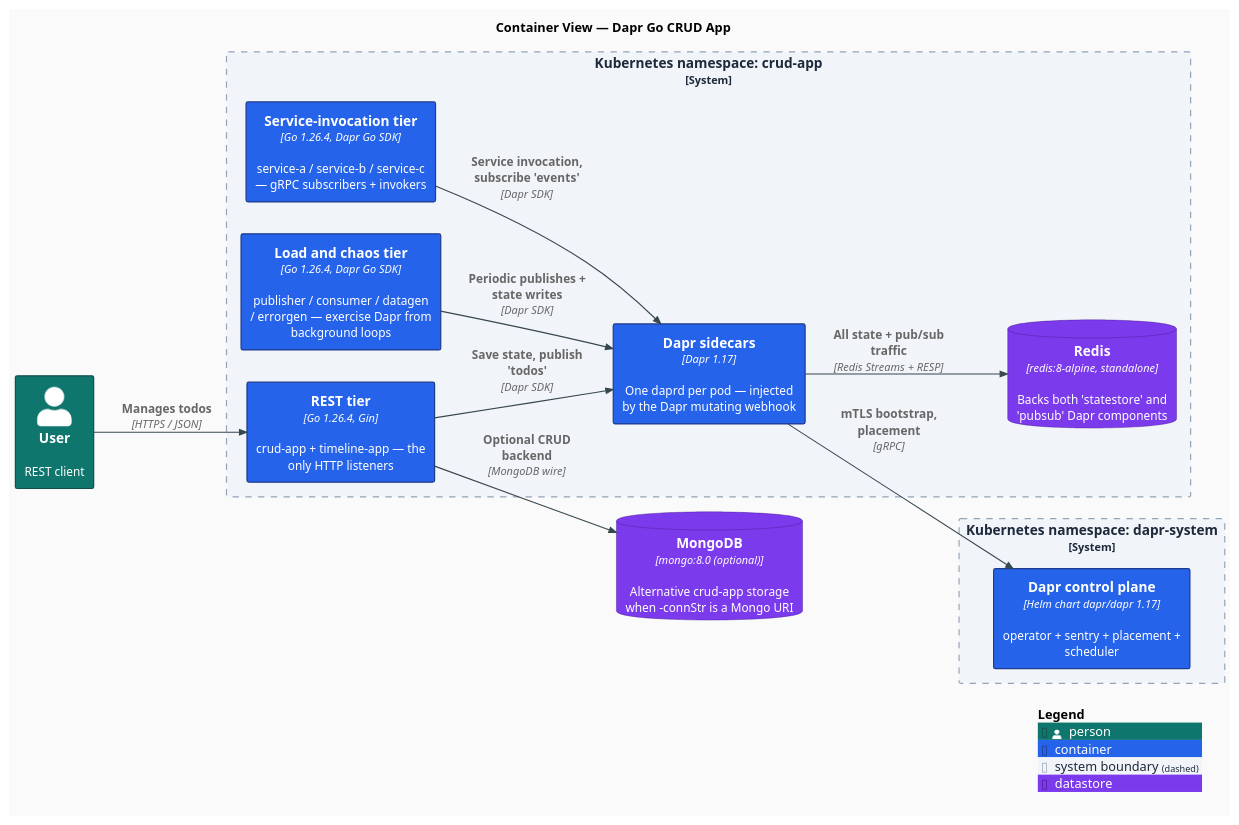
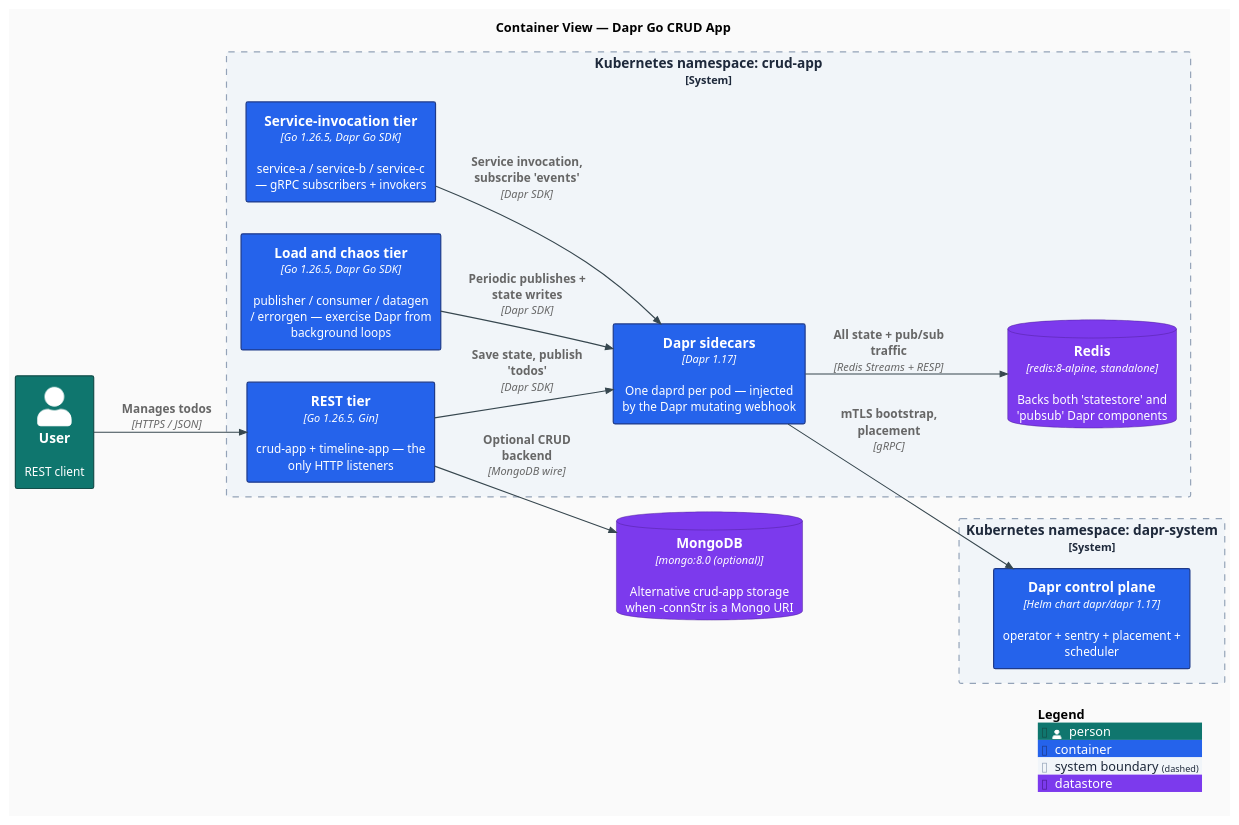
The diagram in docs/diagrams/c4-container.puml (AndriyKalashnykov/dapr-go-crud-app), drawn with PlantUML before and after one commit. The commit also changed 25 other files, not shown here.

```diff
--- a/docs/diagrams/c4-container.puml
+++ b/docs/diagrams/c4-container.puml
@@ -1,52 +1,52 @@
 @startuml c4-container
 ' Vendored C4-PlantUML (see docs/diagrams/C4-PlantUML/); -DRELATIVE_INCLUDE=. makes
 ' the stdlib's internal includes resolve locally (no network fetch at render time).
 !include C4-PlantUML/C4_Container.puml
 
 LAYOUT_LEFT_RIGHT()
 
 ' Modern flat styling: no shadows, sharp corners, clean sans-serif, modern palette.
 skinparam backgroundColor #FAFAFA
 skinparam shadowing false
 skinparam roundCorner 4
 skinparam defaultFontName "Inter, Helvetica, Arial, sans-serif"
 skinparam defaultFontSize 13
 skinparam ArrowColor #37474F
 skinparam ArrowThickness 1.2
 skinparam rectangleBorderThickness 1.3
 
 UpdateElementStyle("person",    $fontColor="#FFFFFF", $bgColor="#0F766E", $borderColor="#134E4A")
 UpdateElementStyle("container", $fontColor="#FFFFFF", $bgColor="#2563EB", $borderColor="#1E3A8A")
 UpdateBoundaryStyle($bgColor="#F1F5F9", $borderColor="#94A3B8", $fontColor="#1E293B")
 ' ContainerDb() shares the plain `container` tag (no distinct DB tag in C4-PlantUML),
 ' so a custom tag is needed to colour datastores violet.
 AddElementTag("datastore", $fontColor="#FFFFFF", $bgColor="#7C3AED", $borderColor="#4C1D95")
 
 title Container View — Dapr Go CRUD App
 
 Person(user, "User", "REST client")
 
 System_Boundary(b1, "Kubernetes namespace: crud-app") {
-  Container(rest, "REST tier", "Go 1.26.4, Gin", "crud-app + timeline-app — the only HTTP listeners")
-  Container(svc, "Service-invocation tier", "Go 1.26.4, Dapr Go SDK", "service-a / service-b / service-c — gRPC subscribers + invokers")
-  Container(gens, "Load and chaos tier", "Go 1.26.4, Dapr Go SDK", "publisher / consumer / datagen / errorgen — exercise Dapr from background loops")
+  Container(rest, "REST tier", "Go 1.26.5, Gin", "crud-app + timeline-app — the only HTTP listeners")
+  Container(svc, "Service-invocation tier", "Go 1.26.5, Dapr Go SDK", "service-a / service-b / service-c — gRPC subscribers + invokers")
+  Container(gens, "Load and chaos tier", "Go 1.26.5, Dapr Go SDK", "publisher / consumer / datagen / errorgen — exercise Dapr from background loops")
   Container(daprd, "Dapr sidecars", "Dapr 1.17", "One daprd per pod — injected by the Dapr mutating webhook")
   ContainerDb(redis, "Redis", "redis:8-alpine, standalone", "Backs both 'statestore' and 'pubsub' Dapr components", $tags="datastore")
 }
 
 System_Boundary(b2, "Kubernetes namespace: dapr-system") {
   Container(daprctl, "Dapr control plane", "Helm chart dapr/dapr 1.17", "operator + sentry + placement + scheduler")
 }
 
 ContainerDb(mongo, "MongoDB", "mongo:8.0 (optional)", "Alternative crud-app storage when -connStr is a Mongo URI", $tags="datastore")
 
 Rel(user, rest, "Manages todos", "HTTPS / JSON")
 Rel(rest, daprd, "Save state, publish 'todos'", "Dapr SDK")
 Rel(svc, daprd, "Service invocation, subscribe 'events'", "Dapr SDK")
 Rel(gens, daprd, "Periodic publishes + state writes", "Dapr SDK")
 Rel(daprd, redis, "All state + pub/sub traffic", "Redis Streams + RESP")
 Rel(daprd, daprctl, "mTLS bootstrap, placement", "gRPC")
 Rel(rest, mongo, "Optional CRUD backend", "MongoDB wire")
 
 SHOW_LEGEND()
 @enduml
```
